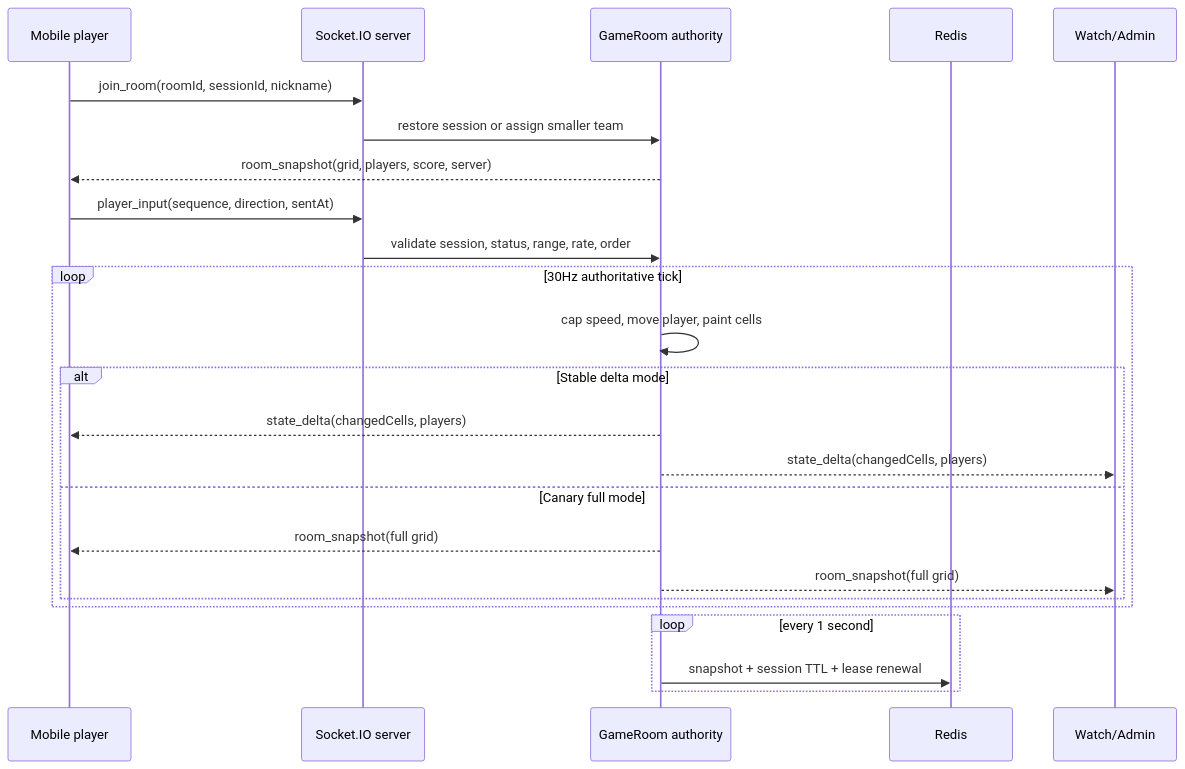
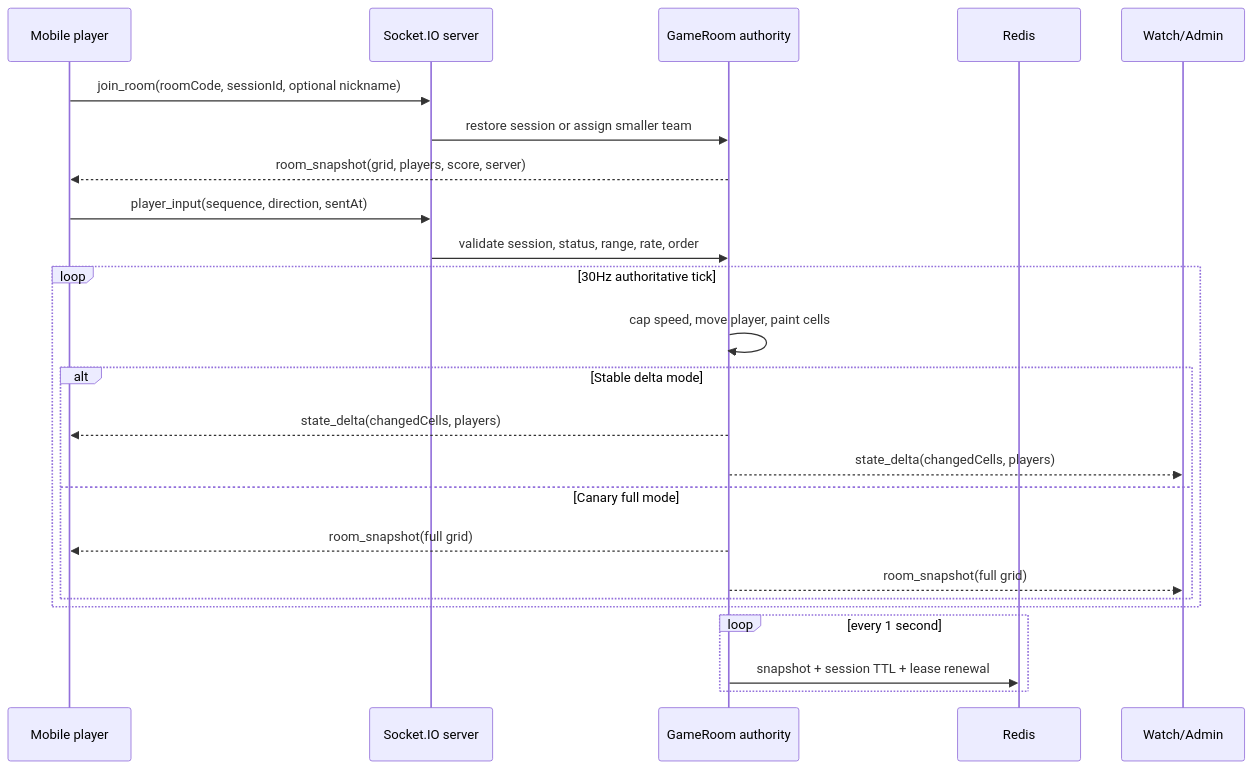
Before and after one commit to Jungle-303-04/COLOR-TURF-ARENA: the second of 3 diagrams in docs/architecture.md, drawn with Mermaid. The commit also changed other lines of this file and 24 other files, not shown here.

````diff
--- a/docs/architecture.md
+++ b/docs/architecture.md
@@ -55,27 +55,27 @@
 ```mermaid
 sequenceDiagram
     participant P as Mobile player
     participant S as Socket.IO server
     participant G as GameRoom authority
     participant R as Redis
     participant V as Watch/Admin
 
-    P->>S: join_room(roomId, sessionId, nickname)
+    P->>S: join_room(roomCode, sessionId, optional nickname)
     S->>G: restore session or assign smaller team
     G-->>P: room_snapshot(grid, players, score, server)
     P->>S: player_input(sequence, direction, sentAt)
     S->>G: validate session, status, range, rate, order
     loop 30Hz authoritative tick
         G->>G: cap speed, move player, paint cells
         alt Stable delta mode
             G-->>P: state_delta(changedCells, players)
             G-->>V: state_delta(changedCells, players)
         else Canary full mode
             G-->>P: room_snapshot(full grid)
             G-->>V: room_snapshot(full grid)
         end
     end
     loop every 1 second
         G->>R: snapshot + session TTL + lease renewal
     end
 ```
````
